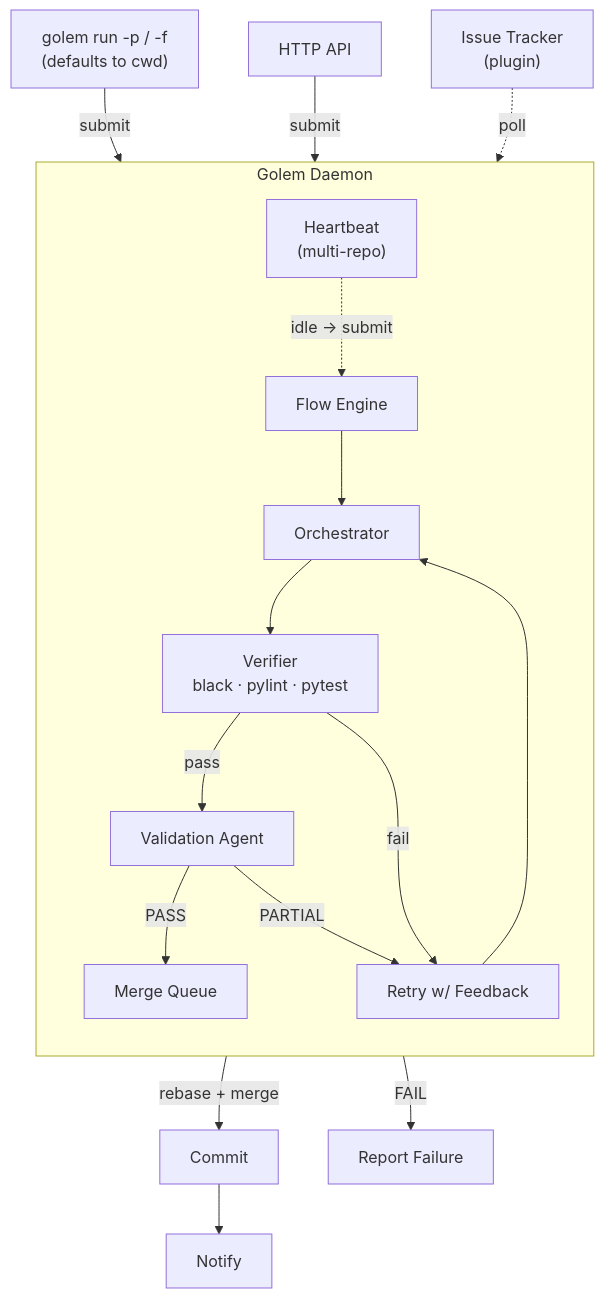
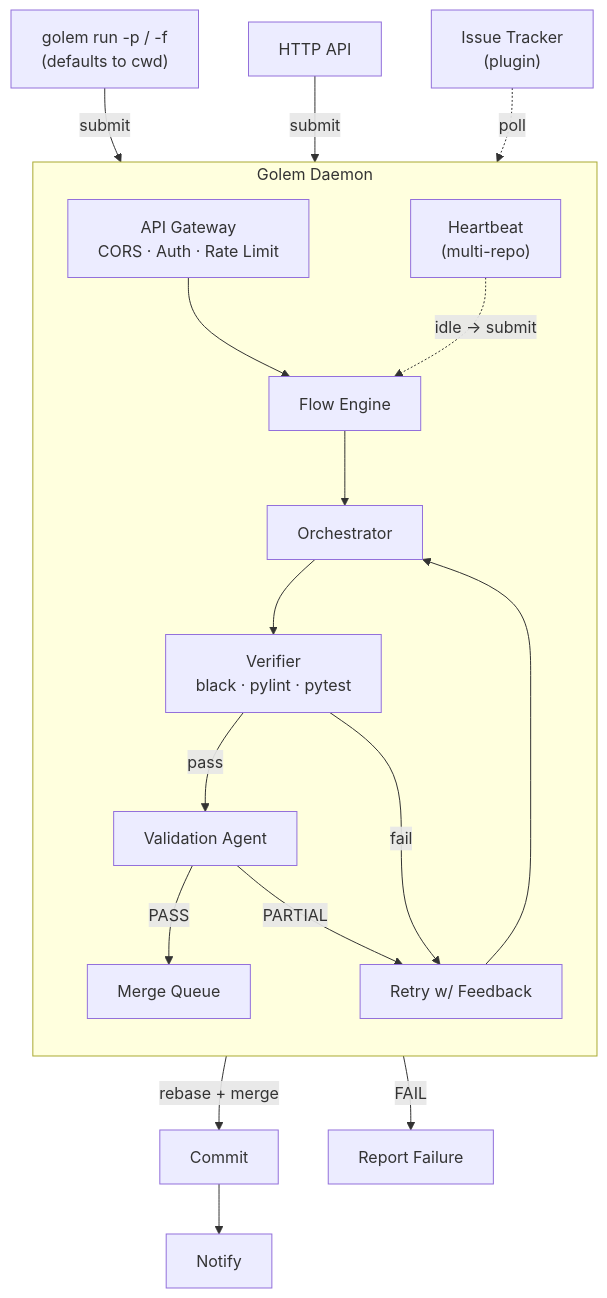
The diagram in README.md (itsmeboris/Golem), drawn with Mermaid before and after one commit. The commit also changed 1 other file, not shown here.

Commit message:
docs: update mermaid diagrams for v0.3.0 security and startup features
- Daemon overview: add Startup (deps + cleanup), API Gateway (CORS, auth,
  rate limiter), graceful_stop signal, dual-lock on merge queue
- Profile diagram: add retry annotation on Slack/Teams notifiers
- README: add API Gateway node to simplified overview

````diff
--- a/README.md
+++ b/README.md
@@ -161,22 +161,23 @@
 ```mermaid
 flowchart TB
-    cli["golem run -p / -f<br/>(defaults to cwd)"] -- submit --> flow
-    api["HTTP API"] -- submit --> flow
+    cli["golem run -p / -f<br/>(defaults to cwd)"] -- submit --> api_gw
+    api["HTTP API"] -- submit --> api_gw
     tracker["Issue Tracker<br/>(plugin)"] -. poll .-> flow
 
     subgraph daemon ["Golem Daemon"]
         direction TB
-        flow["Flow Engine"] --> orch["Orchestrator"]
+        api_gw["API Gateway<br/>CORS · Auth · Rate Limit"] --> flow["Flow Engine"]
+        flow --> orch["Orchestrator"]
         orch --> vfy["Verifier<br/>black · pylint · pytest"]
         vfy -- pass --> val["Validation Agent"]
         vfy -- fail --> retry["Retry w/ Feedback"]
         retry --> orch
         val -- PASS --> mq["Merge Queue"]
         val -- PARTIAL --> retry
         hb["Heartbeat<br/>(multi-repo)"] -. "idle → submit" .-> flow
     end
 
     mq -- "rebase + merge" --> commit["Commit"]
     commit --> notify["Notify"]
     val -- FAIL --> report["Report Failure"]
 ```
````
